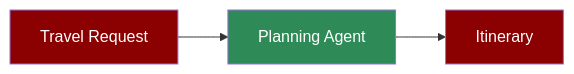
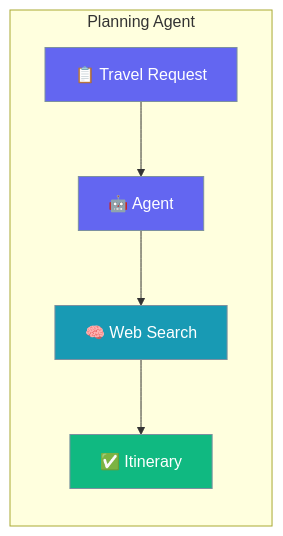
Before and after one commit to MervinPraison/PraisonAIDocs: the first of 2 diagrams in docs/agents/planning.mdx, drawn with Mermaid. The commit also changed other lines of this file and 2 other files, not shown here.

Commit message:
docs: AGENTS.md compliance for image-to-text, markdown, planning agents (#1733)

````diff
--- a/docs/agents/planning.mdx
+++ b/docs/agents/planning.mdx
@@ -8,9 +23,16 @@
 ```mermaid
-flowchart LR
-    In[Travel Request] --> Agent[Planning Agent]
-    Agent --> Out[Itinerary]
-    
-    style In fill:#8B0000,color:#fff
-    style Agent fill:#2E8B57,color:#fff
-    style Out fill:#8B0000,color:#fff
+graph LR
+    subgraph "Planning Agent"
+        User[📋 Travel Request] --> Agent[🤖 Agent]
+        Agent --> Search[🧠 Web Search]
+        Search --> Result[✅ Itinerary]
+    end
+
+    classDef input fill:#6366F1,stroke:#7C90A0,color:#fff
+    classDef process fill:#189AB4,stroke:#7C90A0,color:#fff
+    classDef output fill:#10B981,stroke:#7C90A0,color:#fff
+
+    class User,Agent input
+    class Search process
+    class Result output
 ```
````
